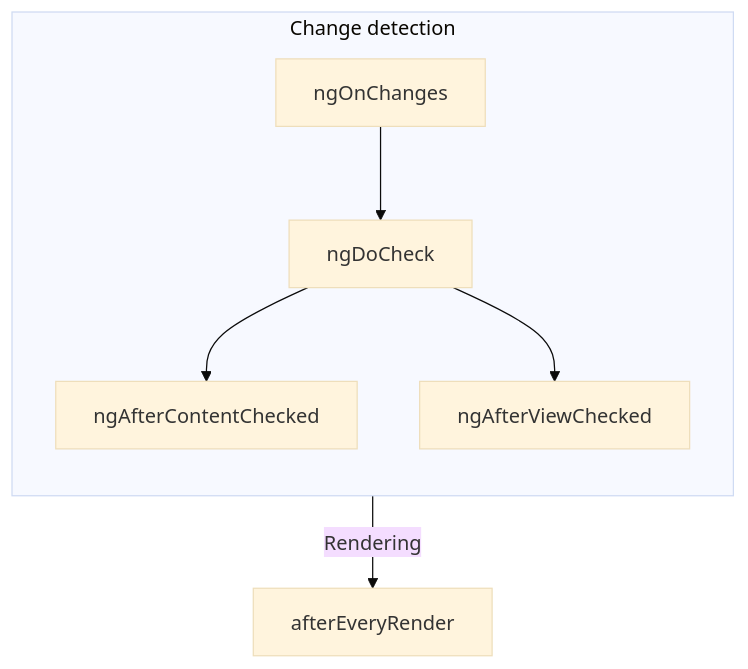
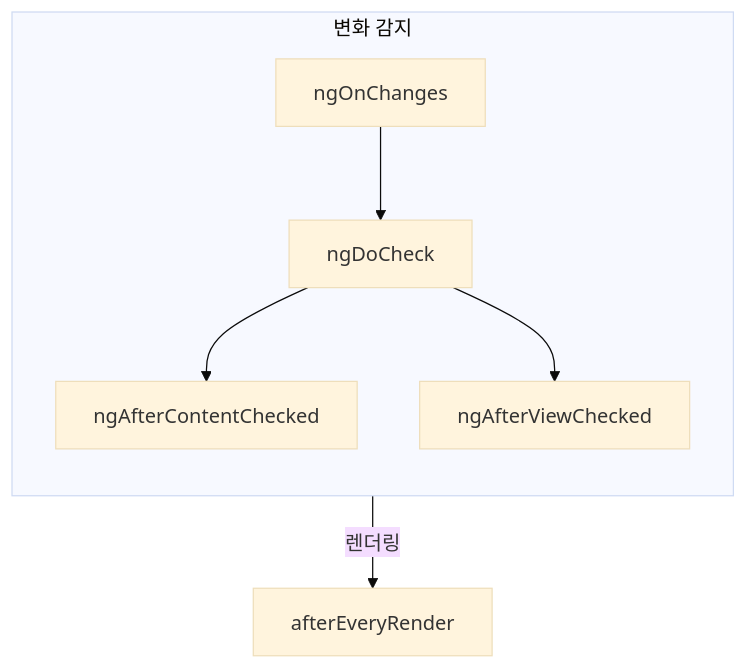
Before and after one commit to han41858/angular-ko: the second of 2 diagrams in adev/src/content/guide/components/lifecycle.md, drawn with Mermaid (base theme). The commit also changed other lines of this file and 15 other files, not shown here.

````diff
--- a/adev/src/content/guide/components/lifecycle.md
+++ b/adev/src/content/guide/components/lifecycle.md
@@ -344,10 +671,10 @@
 ```mermaid
 graph TD;
-subgraph CHANGE [Change detection]
+subgraph CHANGE [변화 감지]
 direction TB
 ngOnChanges-->ngDoCheck
 ngDoCheck-->ngAfterContentChecked;
 ngDoCheck-->ngAfterViewChecked
 end
-CHANGE--Rendering-->afterEveryRender
+CHANGE--렌더링-->afterEveryRender
 ```
````
